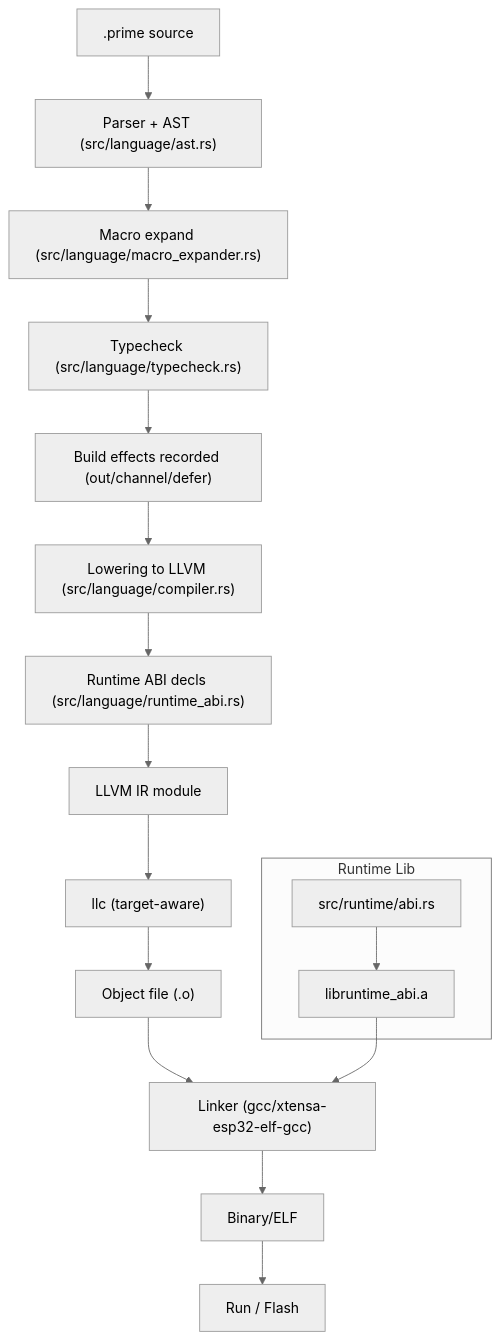
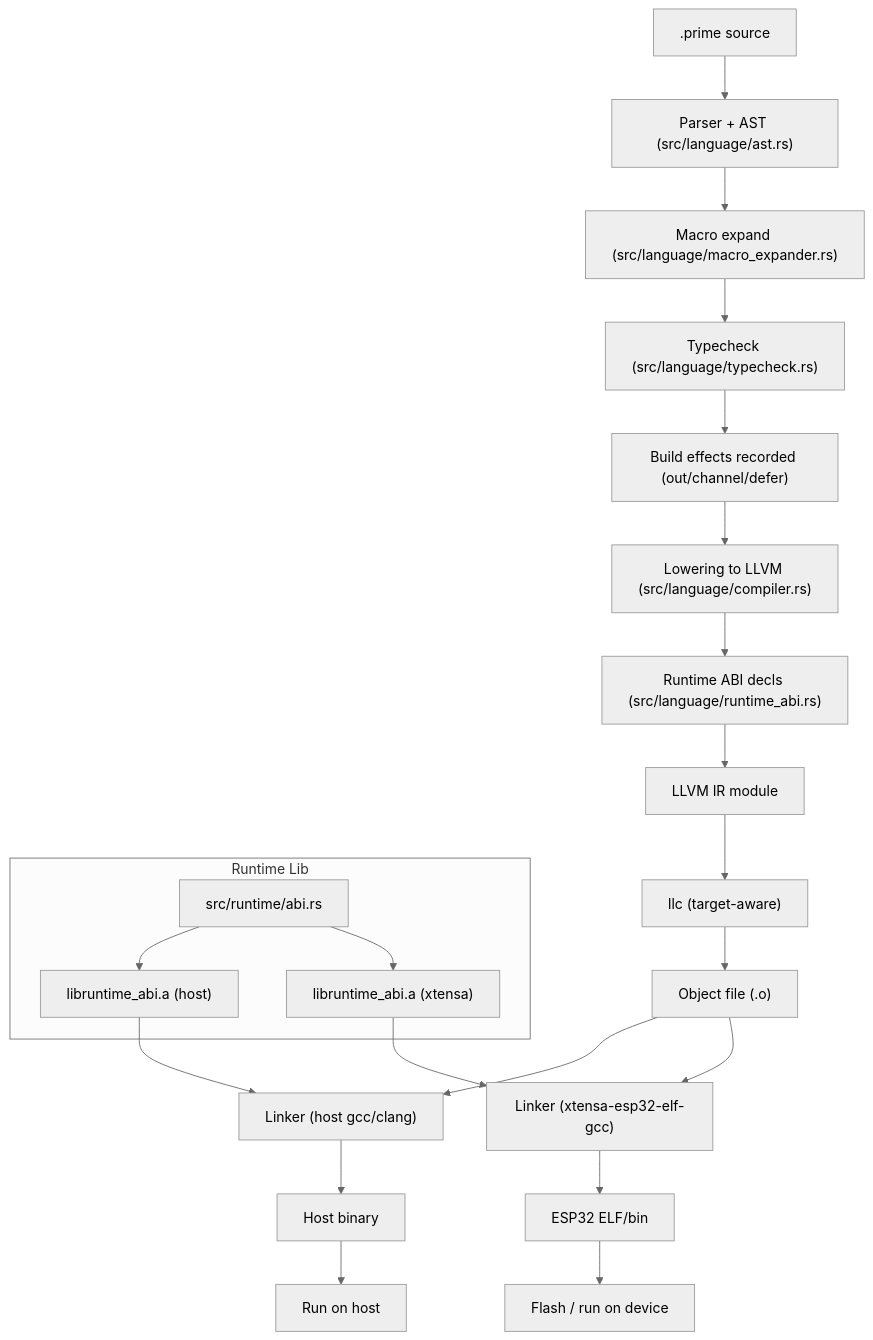
One commit to ASoldo/prime-lang changed the diagram in docs/CompilerFlow.md. Above: the diagram before and after it, drawn with Mermaid (neutral theme). The commit also changed 6 other files, not shown here.

````diff
--- a/docs/CompilerFlow.md
+++ b/docs/CompilerFlow.md
@@ -5,21 +5,27 @@
 ```mermaid
 flowchart TD
   SRC[".prime source"] --> PARSE["Parser + AST (src/language/ast.rs)"]
   PARSE --> MACRO["Macro expand (src/language/macro_expander.rs)"]
   MACRO --> TYPE["Typecheck (src/language/typecheck.rs)"]
   TYPE --> EFFECTS["Build effects recorded (out/channel/defer)"]
   EFFECTS --> LOWER["Lowering to LLVM (src/language/compiler.rs)"]
   LOWER --> ABI["Runtime ABI decls (src/language/runtime_abi.rs)"]
   ABI --> IR["LLVM IR module"]
   IR --> LLC["llc (target-aware)"]
   LLC --> OBJ["Object file (.o)"]
 
   subgraph Runtime Lib
-    ABI_SRC["src/runtime/abi.rs"] --> RT_LIB["libruntime_abi.a"]
+    ABI_SRC["src/runtime/abi.rs"] --> RT_LIB_HOST["libruntime_abi.a (host)"]
+    ABI_SRC --> RT_LIB_ESP["libruntime_abi.a (xtensa)"]
   end
 
-  OBJ --> LINK["Linker (gcc/xtensa-esp32-elf-gcc)"]
-  RT_LIB --> LINK
-  LINK --> BIN["Binary/ELF"]
-  BIN --> RUN["Run / Flash"]
+  OBJ --> LINK_HOST["Linker (host gcc/clang)"]
+  RT_LIB_HOST --> LINK_HOST
+  LINK_HOST --> BIN_HOST["Host binary"]
+  BIN_HOST --> RUN_HOST["Run on host"]
+
+  OBJ --> LINK_ESP["Linker (xtensa-esp32-elf-gcc)"]
+  RT_LIB_ESP --> LINK_ESP
+  LINK_ESP --> BIN_ESP["ESP32 ELF/bin"]
+  BIN_ESP --> RUN_ESP["Flash / run on device"]
 ```
````
